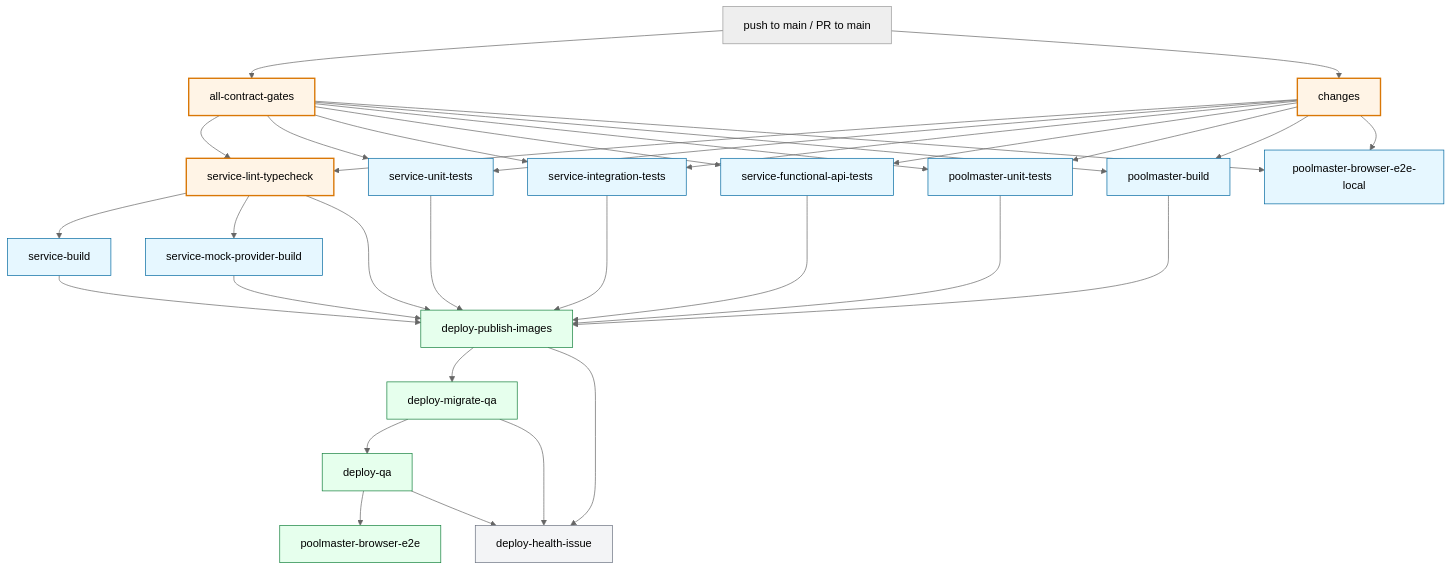
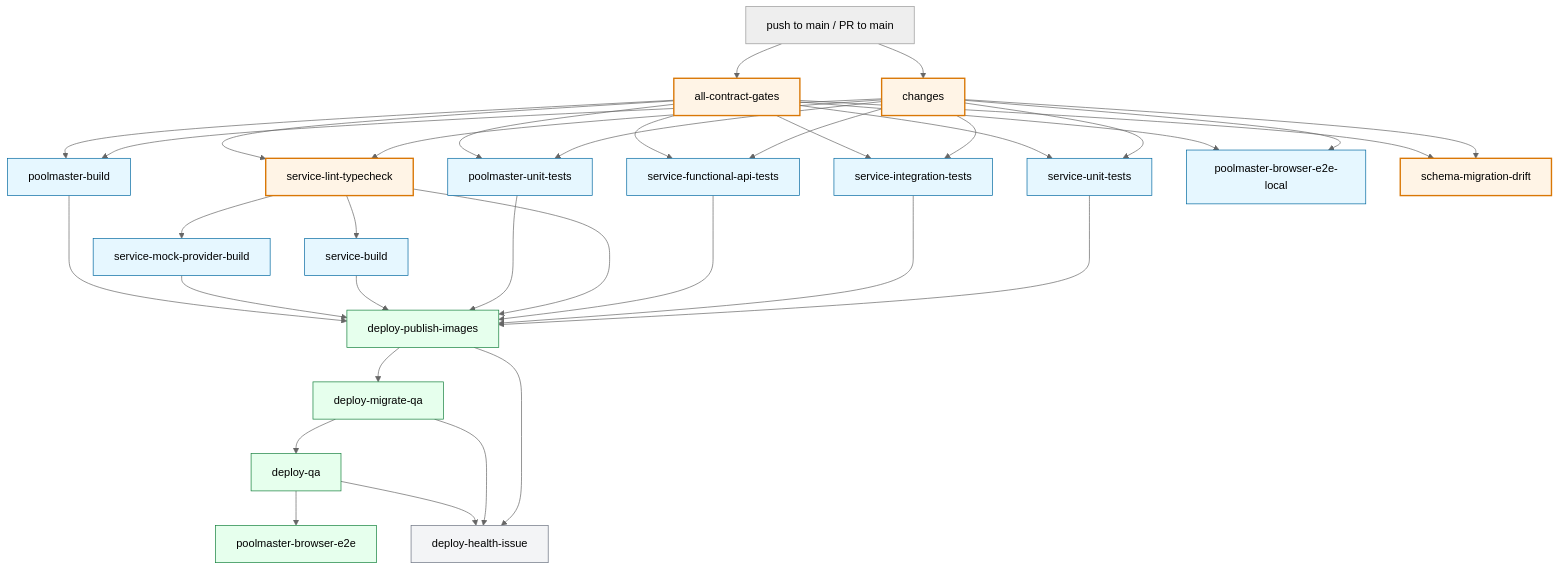
The first of 2 diagrams in docs/CI-AND-QUALITY-GATES.md (derek-dorazio/pool-master), drawn with Mermaid (neutral theme) before and after one commit. The commit also changed other lines of this file and 9 other files, not shown here.

````diff
--- a/docs/CI-AND-QUALITY-GATES.md
+++ b/docs/CI-AND-QUALITY-GATES.md
@@ -161,48 +162,51 @@
 ```mermaid
 flowchart TD
   T[push to main / PR to main] --> CG[all-contract-gates]
   T --> CH[changes]
 
   CH --> LT
   CH --> SU
   CH --> SI
   CH --> SF
   CH --> PU
   CH --> PB
   CH --> EL
+  CH --> SD
   CG --> LT[service-lint-typecheck]
   CG --> SU[service-unit-tests]
   CG --> SI[service-integration-tests]
   CG --> SF[service-functional-api-tests]
+  CG --> SD[schema-migration-drift]
   CG --> PU[poolmaster-unit-tests]
   CG --> PB[poolmaster-build]
   CG --> EL[poolmaster-browser-e2e-local]
   LT --> SB[service-build]
   LT --> MB[service-mock-provider-build]
 
   SU --> PI[deploy-publish-images]
   SI --> PI
   SF --> PI
   LT --> PI
   PU --> PI
   SB --> PI
   MB --> PI
   PB --> PI
 
   PI --> MQ[deploy-migrate-qa]
   MQ --> DQ[deploy-qa]
   DQ --> E2E[poolmaster-browser-e2e]
   PI --> DH[deploy-health-issue]
   MQ --> DH
   DQ --> DH
 
   classDef gate fill:#fff4e6,stroke:#d97706,stroke-width:2px
   classDef test fill:#e6f7ff,stroke:#0369a1
   classDef deploy fill:#e6ffed,stroke:#15803d
   classDef report fill:#f3f4f6,stroke:#6b7280
 
   class CG,LT,CH gate
   class SU,SI,SF,PU,SB,MB,PB,EL test
+  class SD gate
   class PI,MQ,DQ,E2E deploy
   class DH report
 ```
````
